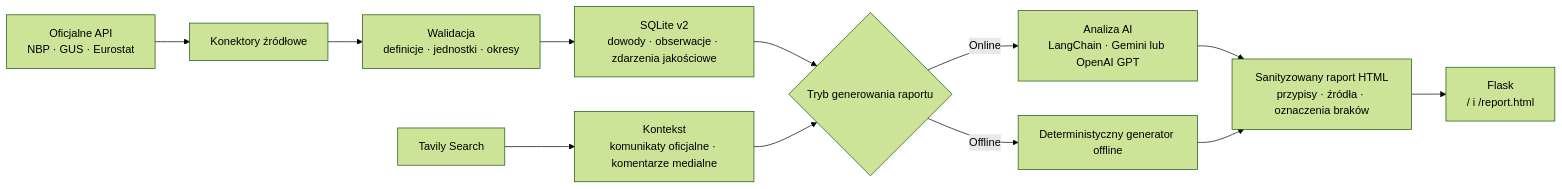
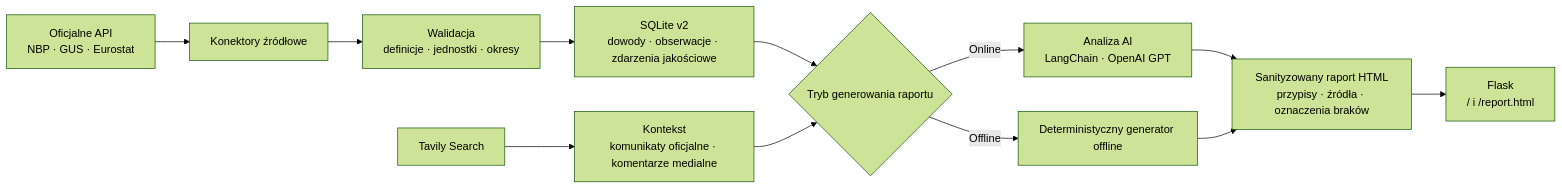
The second of 2 diagrams in README.md (maciejkubek-maker/polish-economy-agent), drawn with Mermaid (forest theme) before and after one commit. The commit also changed other lines of this file and 15 other files, not shown here.

Commit message:
refactor: use OpenAI GPT as sole AI provider

````diff
--- a/README.md
+++ b/README.md
@@ -169,16 +167,16 @@
 ```mermaid
 flowchart LR
     Official["Oficjalne API<br/>NBP · GUS · Eurostat"] --> Connectors["Konektory źródłowe"]
     Connectors --> Validation["Walidacja<br/>definicje · jednostki · okresy"]
     Validation --> SQLite["SQLite v2<br/>dowody · obserwacje · zdarzenia jakościowe"]
 
     Tavily["Tavily Search"] --> Context["Kontekst<br/>komunikaty oficjalne · komentarze medialne"]
 
     SQLite --> Mode{"Tryb generowania raportu"}
     Context --> Mode
-    Mode -->|Online| AI["Analiza AI<br/>LangChain · Gemini lub OpenAI GPT"]
+    Mode -->|Online| AI["Analiza AI<br/>LangChain · OpenAI GPT"]
     Mode -->|Offline| Offline["Deterministyczny generator offline"]
     AI --> HTML["Sanityzowany raport HTML<br/>przypisy · źródła · oznaczenia braków"]
     Offline --> HTML
     HTML --> Flask["Flask<br/>/ i /report.html"]
 ```
````
